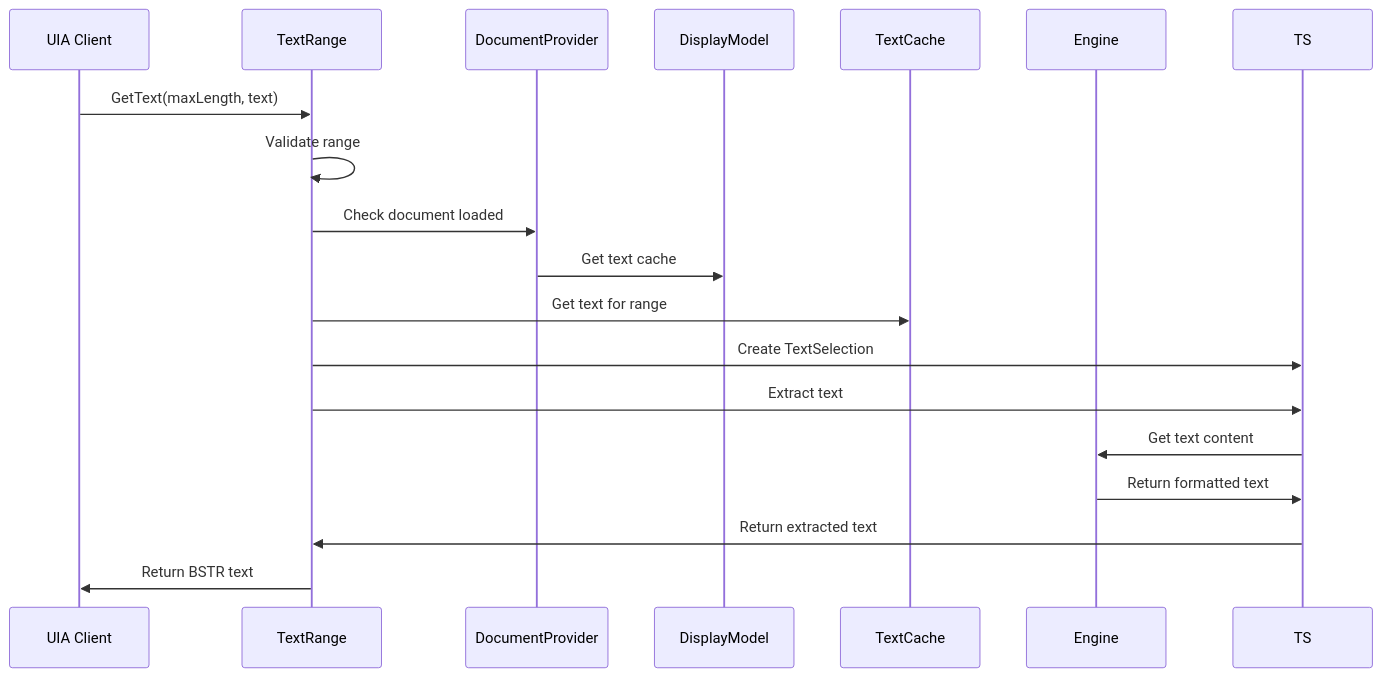
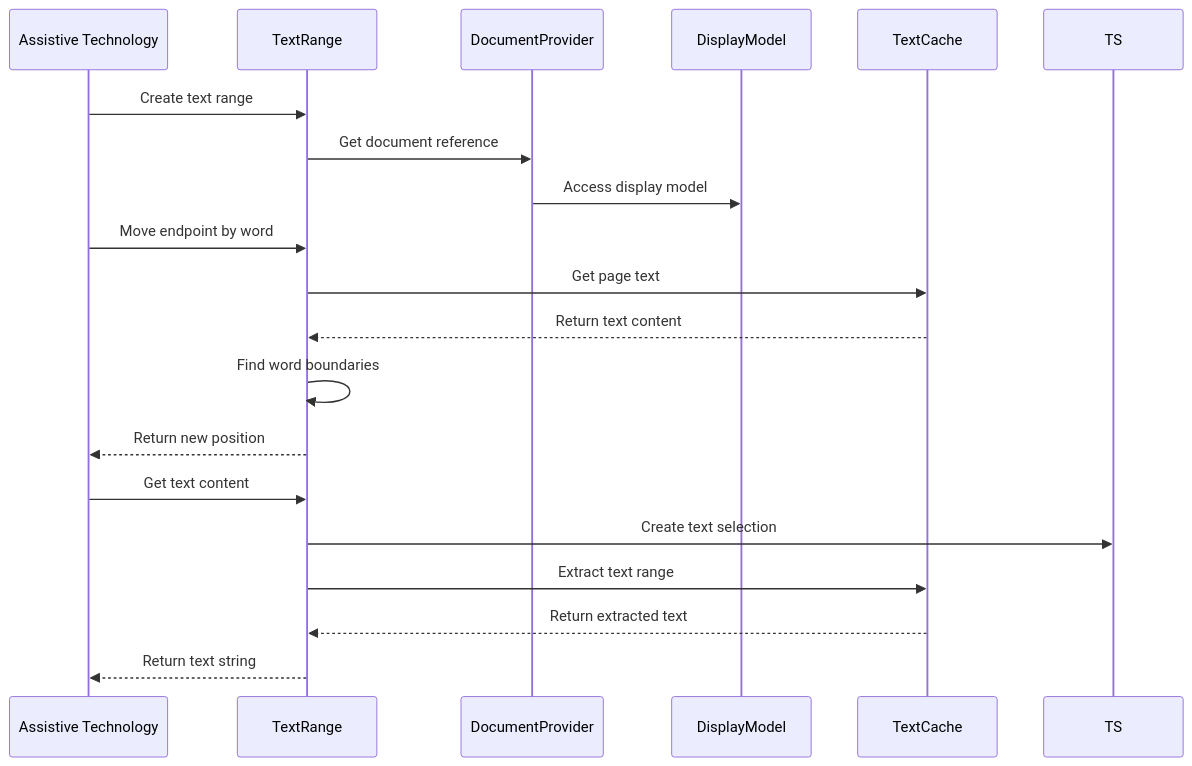
Before and after one commit to FSoft-AI4Code/codewiki-demo: the third of 5 diagrams in docs/sumatrapdfreader--sumatrapdf-docs/text_range.md, drawn with Mermaid. The commit also changed other lines of this file and 1103 other files, not shown here.

````diff
--- a/docs/sumatrapdfreader--sumatrapdf-docs/text_range.md
+++ b/docs/sumatrapdfreader--sumatrapdf-docs/text_range.md
@@ -90,21 +123,24 @@
 ```mermaid
 sequenceDiagram
-    participant UIA as UIA Client
+    participant AT as Assistive Technology
     participant TR as TextRange
     participant DP as DocumentProvider
     participant DM as DisplayModel
     participant TC as TextCache
-    participant ENG as Engine
     
-    UIA->>TR: GetText(maxLength, text)
-    TR->>TR: Validate range
-    TR->>DP: Check document loaded
-    DP->>DM: Get text cache
-    TR->>TC: Get text for range
-    TR->>TS: Create TextSelection
-    TR->>TS: Extract text
-    TS->>ENG: Get text content
-    ENG->>TS: Return formatted text
-    TS->>TR: Return extracted text
-    TR->>UIA: Return BSTR text
+    AT->>TR: Create text range
+    TR->>DP: Get document reference
+    DP->>DM: Access display model
+    
+    AT->>TR: Move endpoint by word
+    TR->>TC: Get page text
+    TC-->>TR: Return text content
+    TR->>TR: Find word boundaries
+    TR-->>AT: Return new position
+    
+    AT->>TR: Get text content
+    TR->>TS: Create text selection
+    TR->>TC: Extract text range
+    TC-->>TR: Return extracted text
+    TR-->>AT: Return text string
 ```
````
